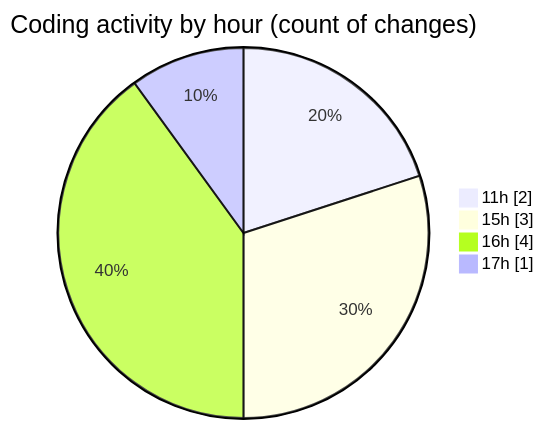
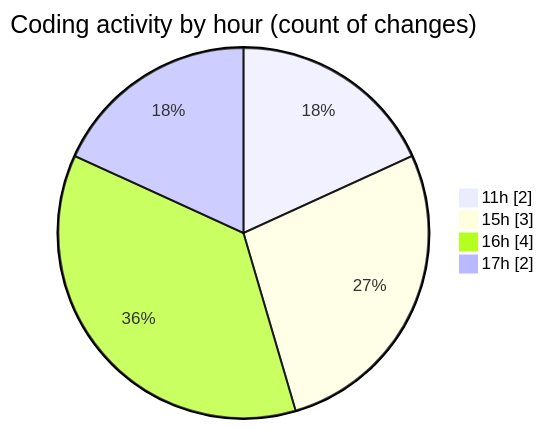
The second of 2 diagrams in 2025-10-24/untitled__workspace_/README.md (debugP/code-tracking), drawn with Mermaid before and after one commit. The commit also changed other lines of this file and 1 other file, not shown here.

````diff
--- a/2025-10-24/untitled__workspace_/README.md
+++ b/2025-10-24/untitled__workspace_/README.md
@@ -34,8 +35,8 @@
 ```mermaid
 pie showData
 title Coding activity by hour (count of changes)
 "11h" : 2
 "15h" : 3
 "16h" : 4
-"17h" : 1
+"17h" : 2
 ```
````
